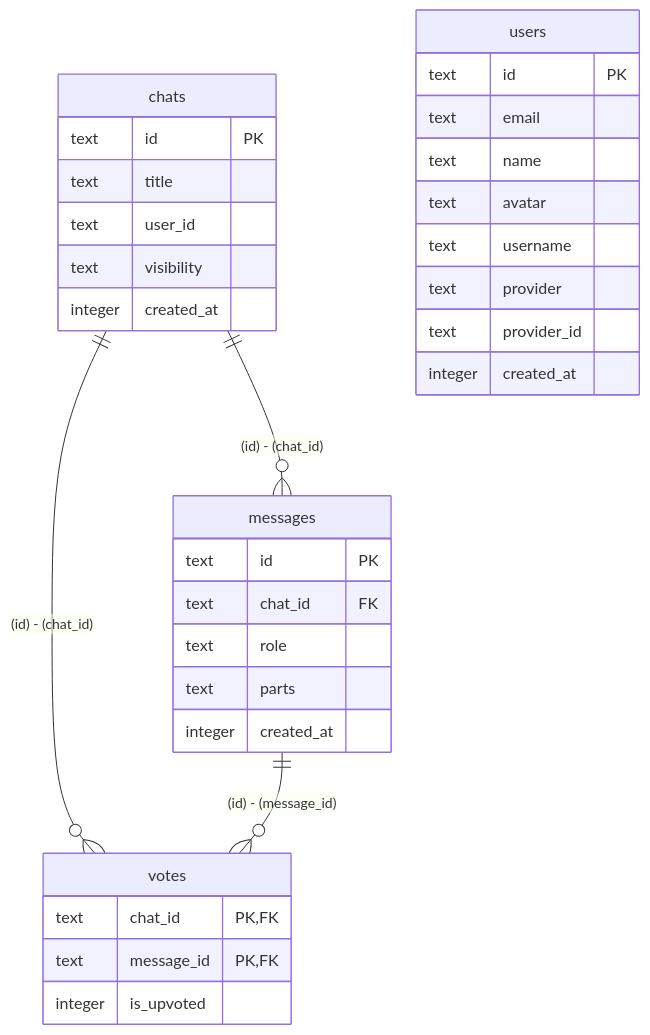
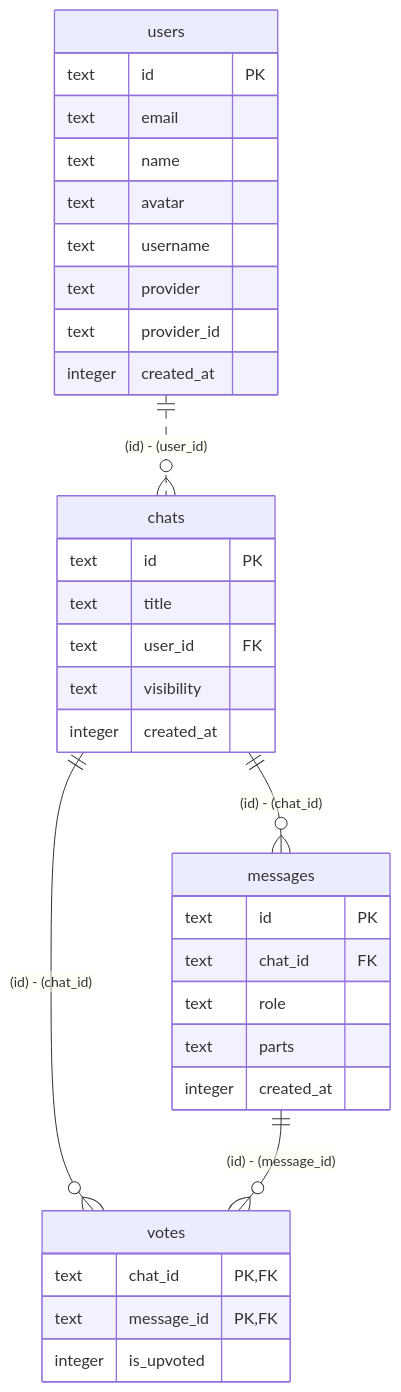
The diagram in apps/nuxt-ui-chat/docs/er.md (nakita628/drizzler-examples), drawn with Mermaid before and after one commit. The commit also changed 439 other files, not shown here.

````diff
--- a/apps/nuxt-ui-chat/docs/er.md
+++ b/apps/nuxt-ui-chat/docs/er.md
@@ -1,35 +1,36 @@
 ```mermaid
 erDiagram
     chats ||--o{ messages : "(id) - (chat_id)"
     chats ||--o{ votes : "(id) - (chat_id)"
     messages ||--o{ votes : "(id) - (message_id)"
+    users ||..o{ chats : "(id) - (user_id)"
     users {
         text id PK
         text email
         text name
         text avatar
         text username
         text provider
         text provider_id
         integer created_at
     }
     chats {
         text id PK
         text title
-        text user_id
+        text user_id FK
         text visibility
         integer created_at
     }
     messages {
         text id PK
         text chat_id FK
         text role
         text parts
         integer created_at
     }
     votes {
         text chat_id PK, FK
         text message_id PK, FK
         integer is_upvoted
     }
 ```
````
